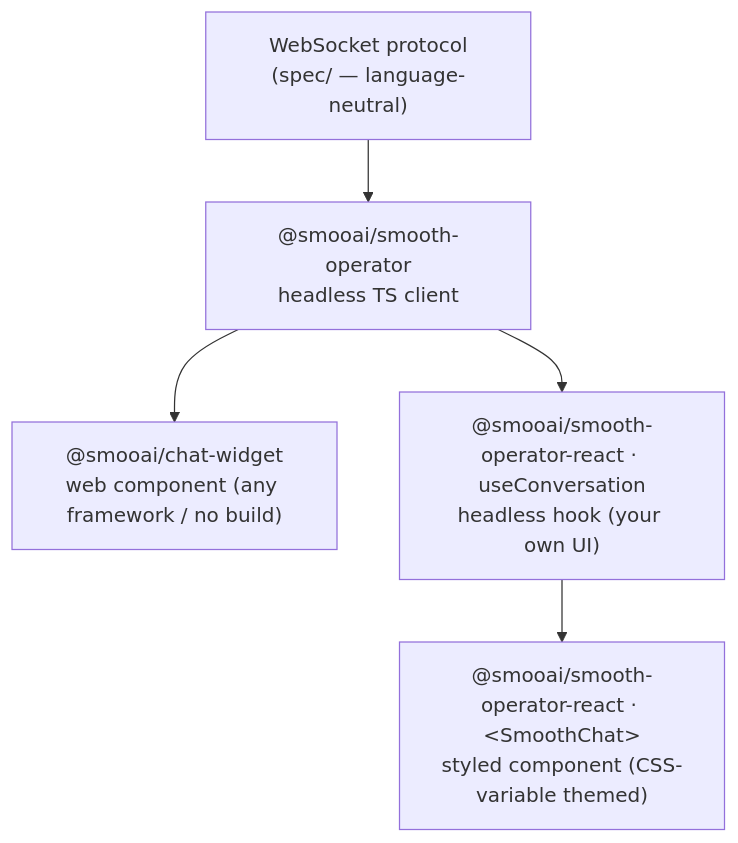
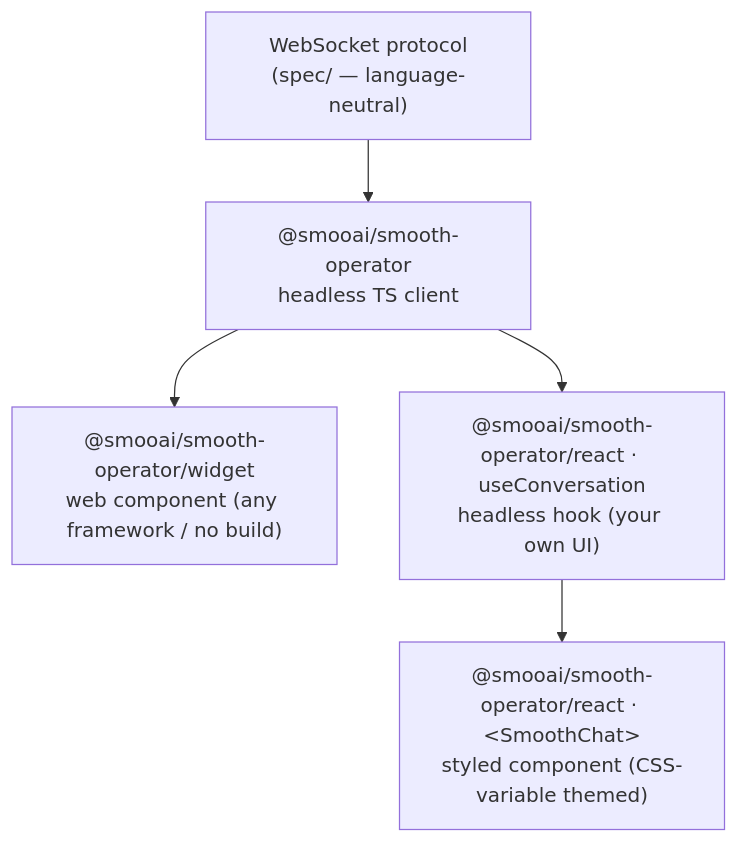
One commit to SmooAI/smooth-operator changed the diagram in docs/Guides/React Components and Custom UIs.md. Above: the diagram before and after it, drawn with Mermaid. The commit also changed other lines of this file and 40 other files, not shown here.

````diff
--- a/docs/Guides/React Components and Custom UIs.md
+++ b/docs/Guides/React Components and Custom UIs.md
@@ -8,10 +9,10 @@
 ```mermaid
 flowchart TD
   P["WebSocket protocol<br/>(spec/ — language-neutral)"]
   C["@smooai/smooth-operator<br/>headless TS client"]
-  W["@smooai/chat-widget<br/>web component (any framework / no build)"]
-  H["@smooai/smooth-operator-react · useConversation<br/>headless hook (your own UI)"]
-  S["@smooai/smooth-operator-react · &lt;SmoothChat&gt;<br/>styled component (CSS-variable themed)"]
+  W["@smooai/smooth-operator/widget<br/>web component (any framework / no build)"]
+  H["@smooai/smooth-operator/react · useConversation<br/>headless hook (your own UI)"]
+  S["@smooai/smooth-operator/react · &lt;SmoothChat&gt;<br/>styled component (CSS-variable themed)"]
   P --> C --> W
   C --> H --> S
 ```
````
